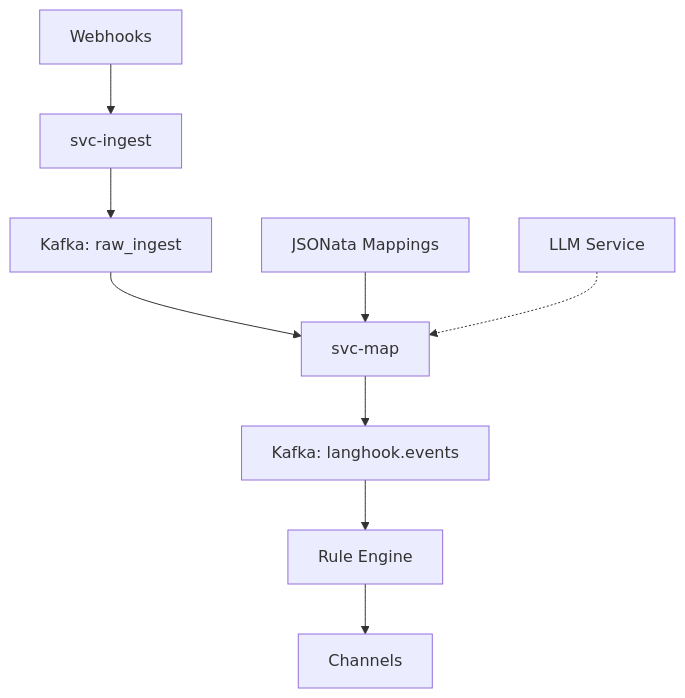
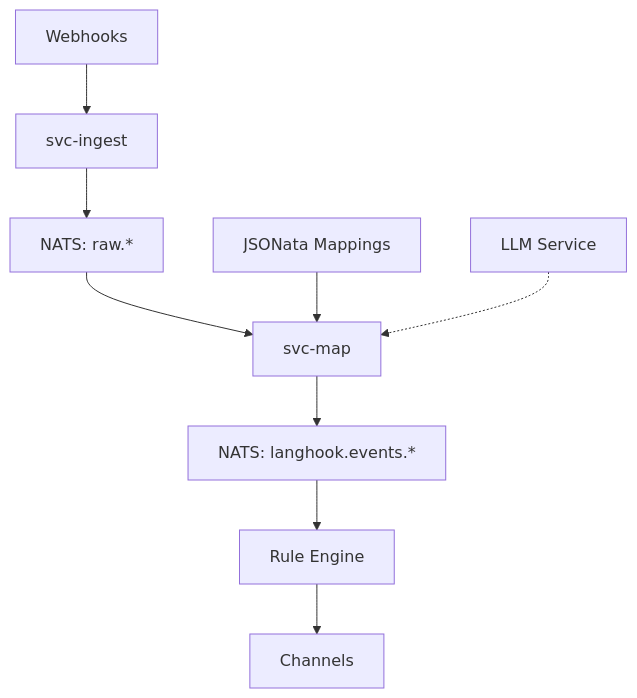
Before and after one commit to convolabai/opensense: the diagram in README.md, drawn with Mermaid. The commit also changed other lines of this file and 2 other files, not shown here.

Commit message:
Update documentation to reflect NATS migration and remove CESQL references

````diff
--- a/README.md
+++ b/README.md
@@ -199,11 +204,11 @@
 ```mermaid
 graph TD
     A[Webhooks] --> B[svc-ingest]
-    B --> C[Kafka: raw_ingest]
+    B --> C[NATS: raw.*]
     C --> D[svc-map]
-    D --> E[Kafka: langhook.events]
+    D --> E[NATS: langhook.events.*]
     E --> F[Rule Engine]
     F --> G[Channels]
     H[JSONata Mappings] --> D
     I[LLM Service] -.-> D
 ```
````
